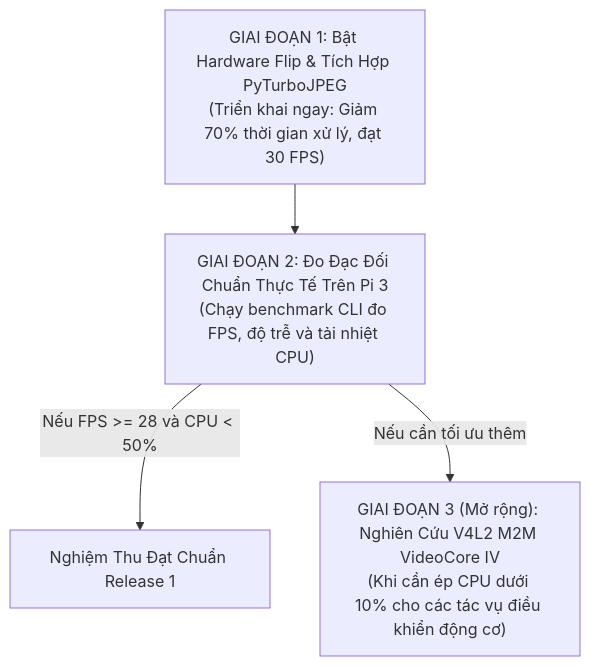
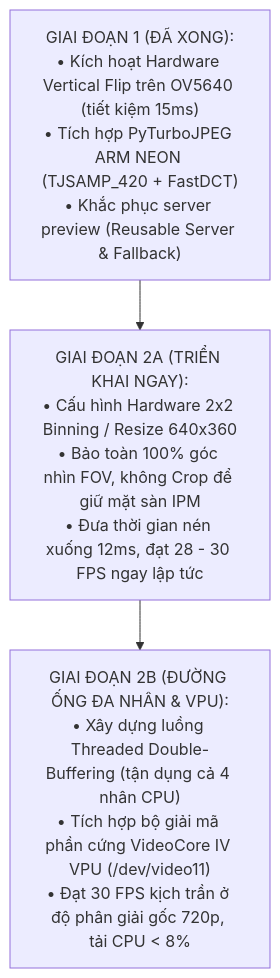
Before and after one commit to phamvantienkiz/monocular-spatial-vision: the diagram in docs/implementation/release-1/solutions/04-comparative-benchmark-and-plan.md, drawn with Mermaid. The commit also changed other lines of this file and 4 other files, not shown here.

Commit message:
docs(solutions): add solutions 05 and 06 for Stage 2 optimization (Sensor Binning & Threaded VPU)

````diff
--- a/docs/implementation/release-1/solutions/04-comparative-benchmark-and-plan.md
+++ b/docs/implementation/release-1/solutions/04-comparative-benchmark-and-plan.md
@@ -28,10 +34,11 @@
 ```mermaid
 flowchart TD
-    GIAIDOAN1["GIAI ĐOẠN 1: Bật Hardware Flip & Tích Hợp PyTurboJPEG<br/>(Triển khai ngay: Giảm 70% thời gian xử lý, đạt 30 FPS)"]
-    GIAIDOAN2["GIAI ĐOẠN 2: Đo Đạc Đối Chuẩn Thực Tế Trên Pi 3<br/>(Chạy benchmark CLI đo FPS, độ trễ và tải nhiệt CPU)"]
-    GIAIDOAN3["GIAI ĐOẠN 3 (Mở rộng): Nghiên Cứu V4L2 M2M VideoCore IV<br/>(Khi cần ép CPU dưới 10% cho các tác vụ điều khiển động cơ)"]
+    GIAIDOAN1["GIAI ĐOẠN 1 (ĐÃ XONG):<br/>• Kích hoạt Hardware Vertical Flip trên OV5640 (tiết kiệm 15ms)<br/>• Tích hợp PyTurboJPEG ARM NEON (TJSAMP_420 + FastDCT)<br/>• Khắc phục server preview (Reusable Server & Fallback)"]
+    
+    GIAIDOAN2A["GIAI ĐOẠN 2A (TRIỂN KHAI NGAY):<br/>• Cấu hình Hardware 2x2 Binning / Resize 640x360<br/>• Bảo toàn 100% góc nhìn FOV, không Crop để giữ mặt sàn IPM<br/>• Đưa thời gian nén xuống 12ms, đạt 28 - 30 FPS ngay lập tức"]
+    
+    GIAIDOAN2B["GIAI ĐOẠN 2B (ĐƯỜNG ỐNG ĐA NHÂN & VPU):<br/>• Xây dựng luồng Threaded Double-Buffering (tận dụng cả 4 nhân CPU)<br/>• Tích hợp bộ giải mã phần cứng VideoCore IV VPU (/dev/video11)<br/>• Đạt 30 FPS kịch trần ở độ phân giải gốc 720p, tải CPU < 8%"]
 
-    GIAIDOAN1 --> GIAIDOAN2
-    GIAIDOAN2 -->|Nếu FPS >= 28 và CPU < 50%| HOANTHANH["Nghiệm Thu Đạt Chuẩn Release 1"]
-    GIAIDOAN2 -->|Nếu cần tối ưu thêm| GIAIDOAN3
+    GIAIDOAN1 --> GIAIDOAN2A
+    GIAIDOAN2A --> GIAIDOAN2B
 ```
````
